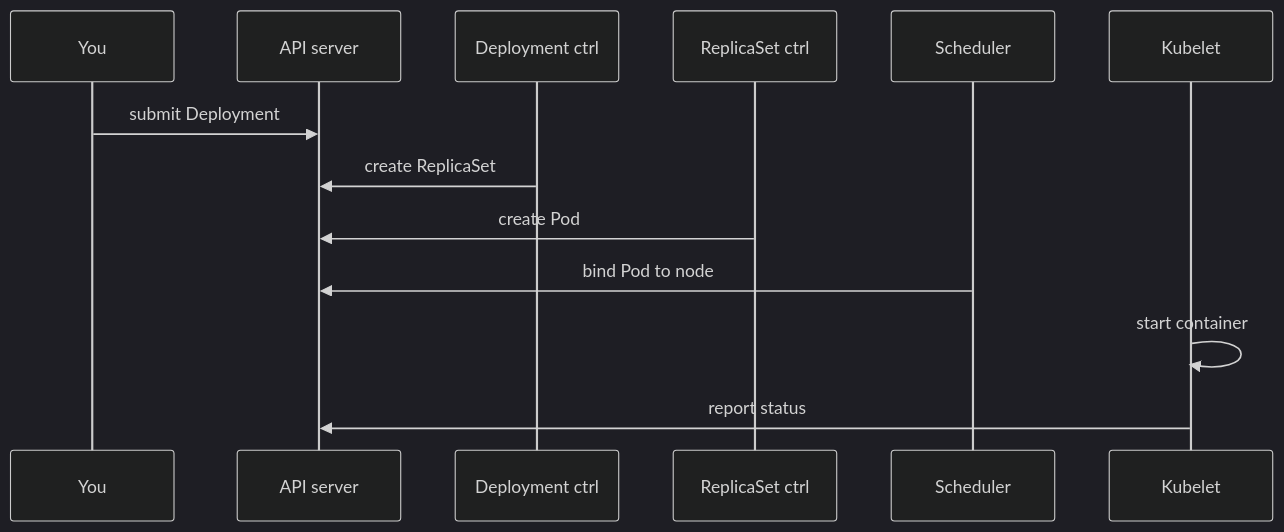
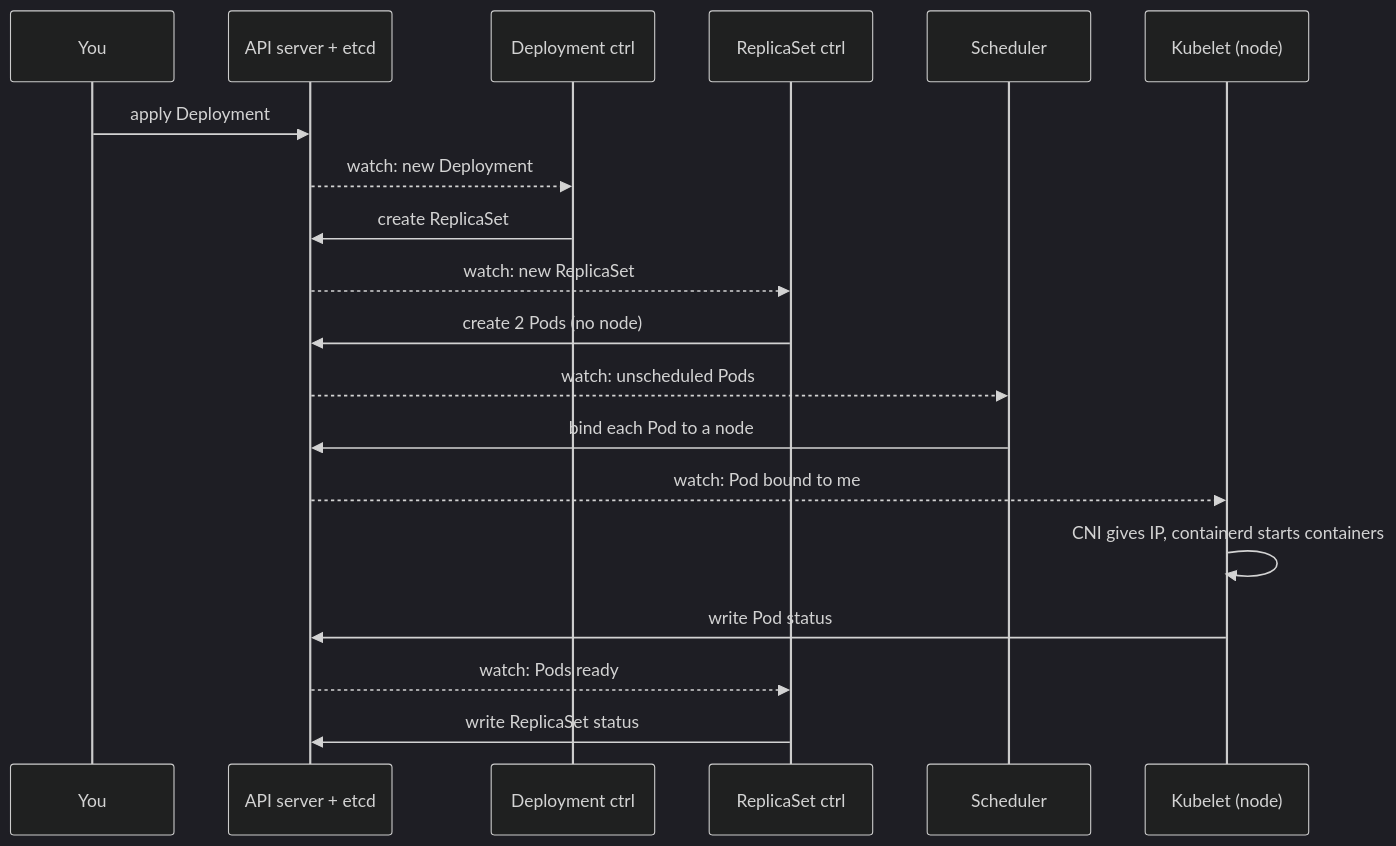
Before and after one commit to darshan-raul/apollo11-docs: the second of 2 diagrams in docs/learn/cluster/reconciliation-and-components.md, drawn with Mermaid (dark theme). The commit also changed other lines of this file, not shown here.

````diff
--- a/docs/learn/cluster/reconciliation-and-components.md
+++ b/docs/learn/cluster/reconciliation-and-components.md
@@ -33,15 +87,21 @@
 ```mermaid
 sequenceDiagram
   participant U as You
-  participant A as API server
+  participant A as API server + etcd
   participant D as Deployment ctrl
   participant R as ReplicaSet ctrl
   participant S as Scheduler
-  participant K as Kubelet
-  U->>A: submit Deployment
+  participant K as Kubelet (node)
+  U->>A: apply Deployment
+  A-->>D: watch: new Deployment
   D->>A: create ReplicaSet
-  R->>A: create Pod
-  S->>A: bind Pod to node
-  K->>K: start container
-  K->>A: report status
+  A-->>R: watch: new ReplicaSet
+  R->>A: create 2 Pods (no node)
+  A-->>S: watch: unscheduled Pods
+  S->>A: bind each Pod to a node
+  A-->>K: watch: Pod bound to me
+  K->>K: CNI gives IP, containerd starts containers
+  K->>A: write Pod status
+  A-->>R: watch: Pods ready
+  R->>A: write ReplicaSet status
 ```
````
